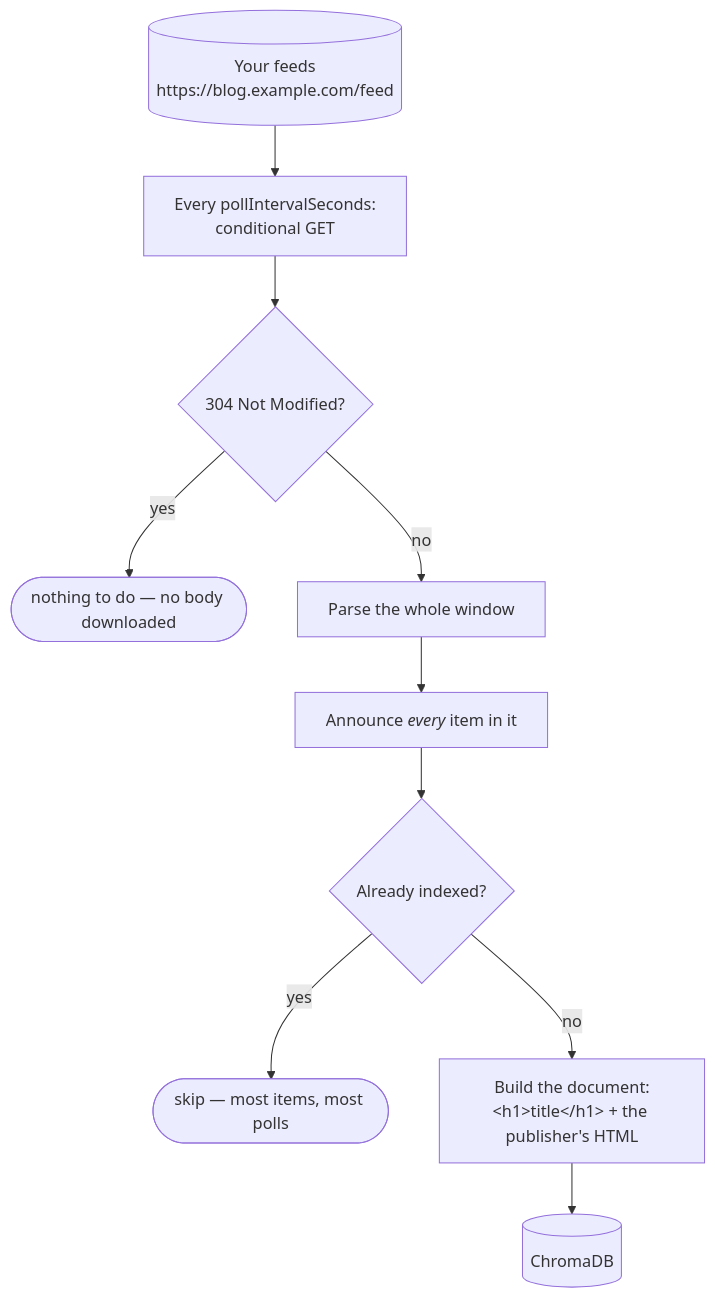
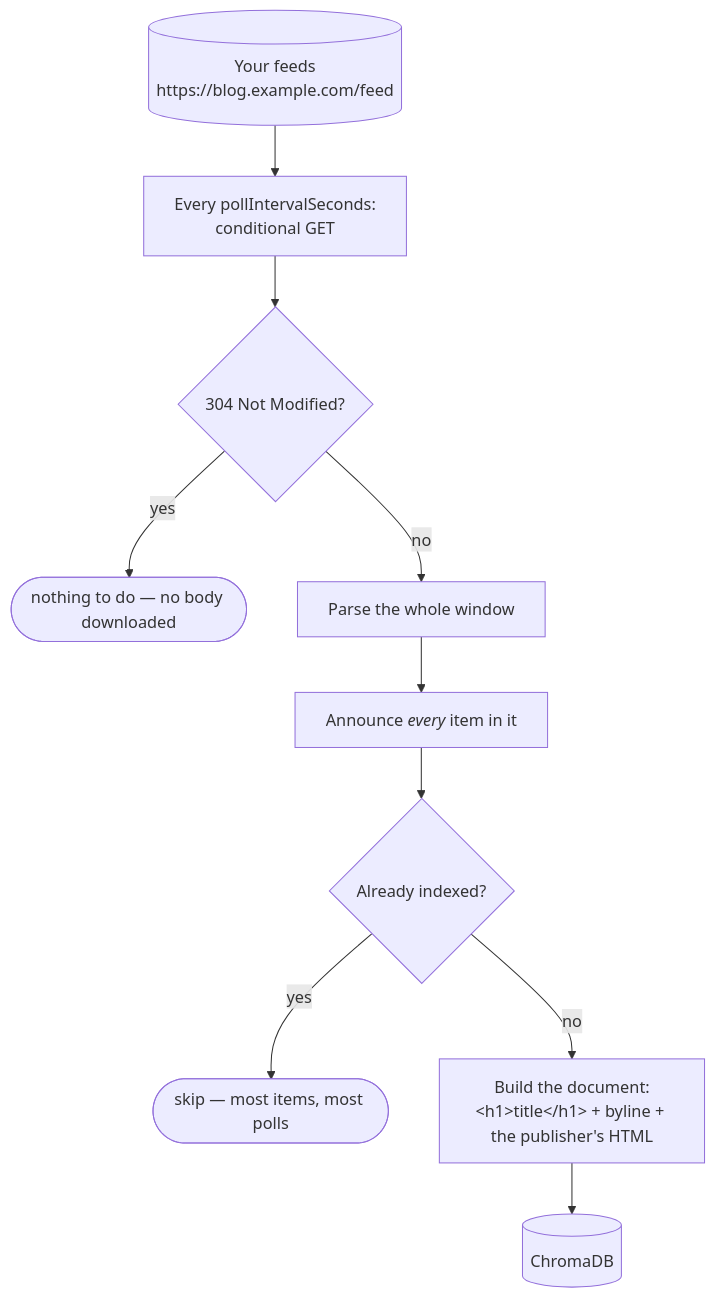
One commit to OpenMined/syft-space changed the diagram in packages/spaces/backend/docs/dataset-types/rss.md. Above: the diagram before and after it, drawn with Mermaid. The commit also changed other lines of this file and 3 other files, not shown here.

````diff
--- a/packages/spaces/backend/docs/dataset-types/rss.md
+++ b/packages/spaces/backend/docs/dataset-types/rss.md
@@ -56,13 +56,13 @@
 ```mermaid
 flowchart TB
     CFG[("Your feeds<br/>https://blog.example.com/feed")]
     CFG --> POLL["Every pollIntervalSeconds:<br/>conditional GET"]
     POLL --> NC{"304 Not Modified?"}
     NC -->|yes| NOTHING([nothing to do — no body downloaded])
     NC -->|no| PARSE["Parse the whole window"]
     PARSE --> EMIT["Announce <i>every</i> item in it"]
     EMIT --> SK{"Already indexed?"}
     SK -->|yes| SKIP([skip — most items, most polls])
-    SK -->|no| LOAD["Build the document:<br/>&lt;h1&gt;title&lt;/h1&gt; + the publisher's HTML"]
+    SK -->|no| LOAD["Build the document:<br/>&lt;h1&gt;title&lt;/h1&gt; + byline + the publisher's HTML"]
     LOAD --> VS[(ChromaDB)]
 ```
````
